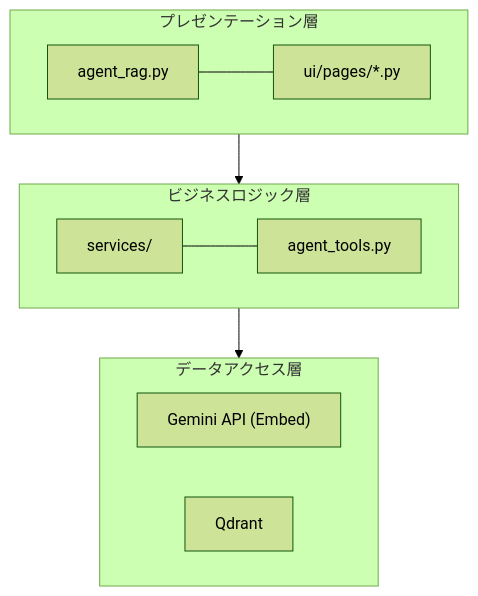
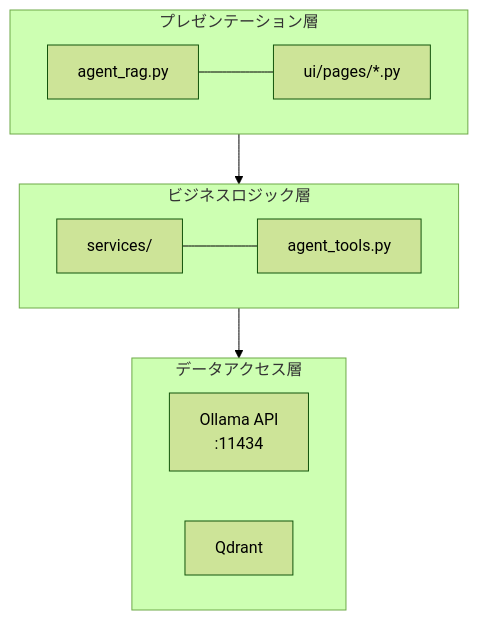
The first of 10 diagrams in readme_react_reflection.md (nakashima2toshio/ollama_grace_agent), drawn with Mermaid (forest theme) before and after one commit. The commit also changed other lines of this file, not shown here.

First line of the commit message:
docs: update readme_react_reflection.md from Gemini to Ollama backend

````diff
--- a/readme_react_reflection.md
+++ b/readme_react_reflection.md
@@ -141,22 +142,22 @@
 ```mermaid
 graph TD
     subgraph Presentation [プレゼンテーション層]
         Entry["agent_rag.py"]
         Pages["ui/pages/*.py"]
         Entry --- Pages
     end
 
     subgraph BusinessLogic [ビジネスロジック層]
         Services["services/"]
         Tools["agent_tools.py"]
         Services --- Tools
     end
 
     subgraph DataAccess [データアクセス層]
-        API["Gemini API (Embed)"]
+        API["Ollama API\n:11434"]
         DB["Qdrant"]
     end
 
     Presentation --> BusinessLogic
     BusinessLogic --> DataAccess
 ```
````
